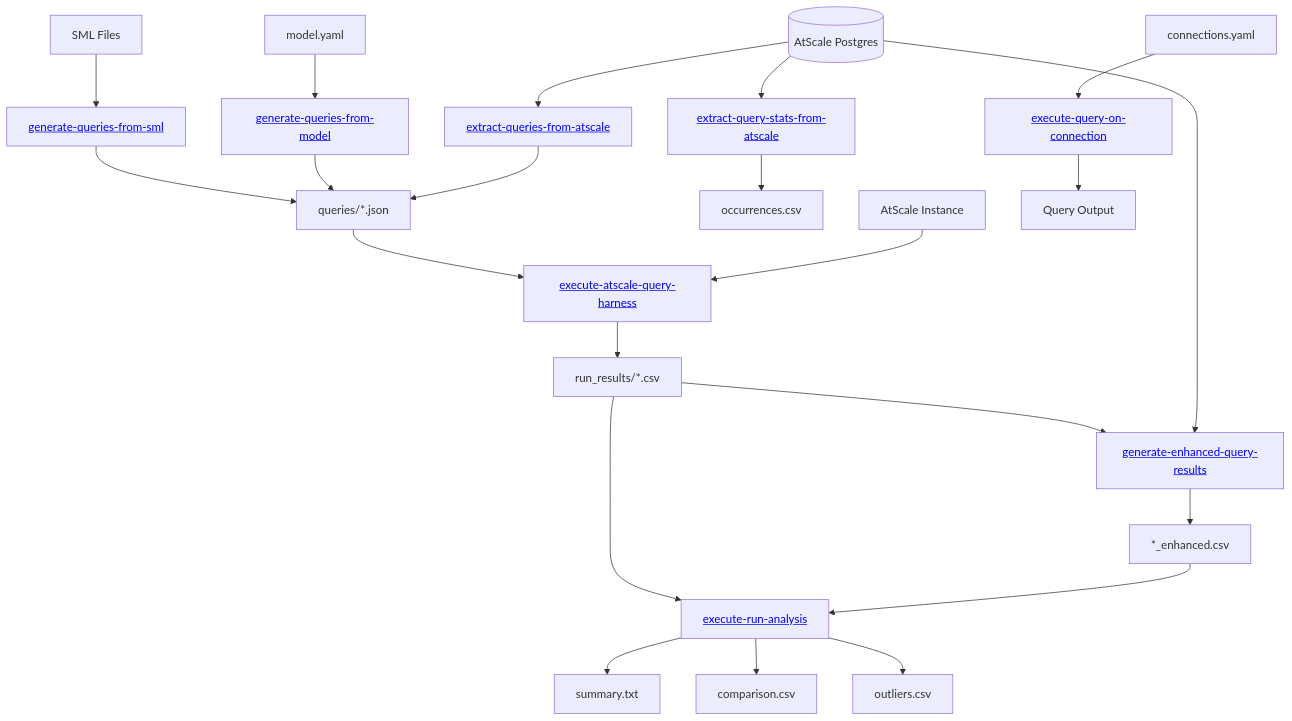
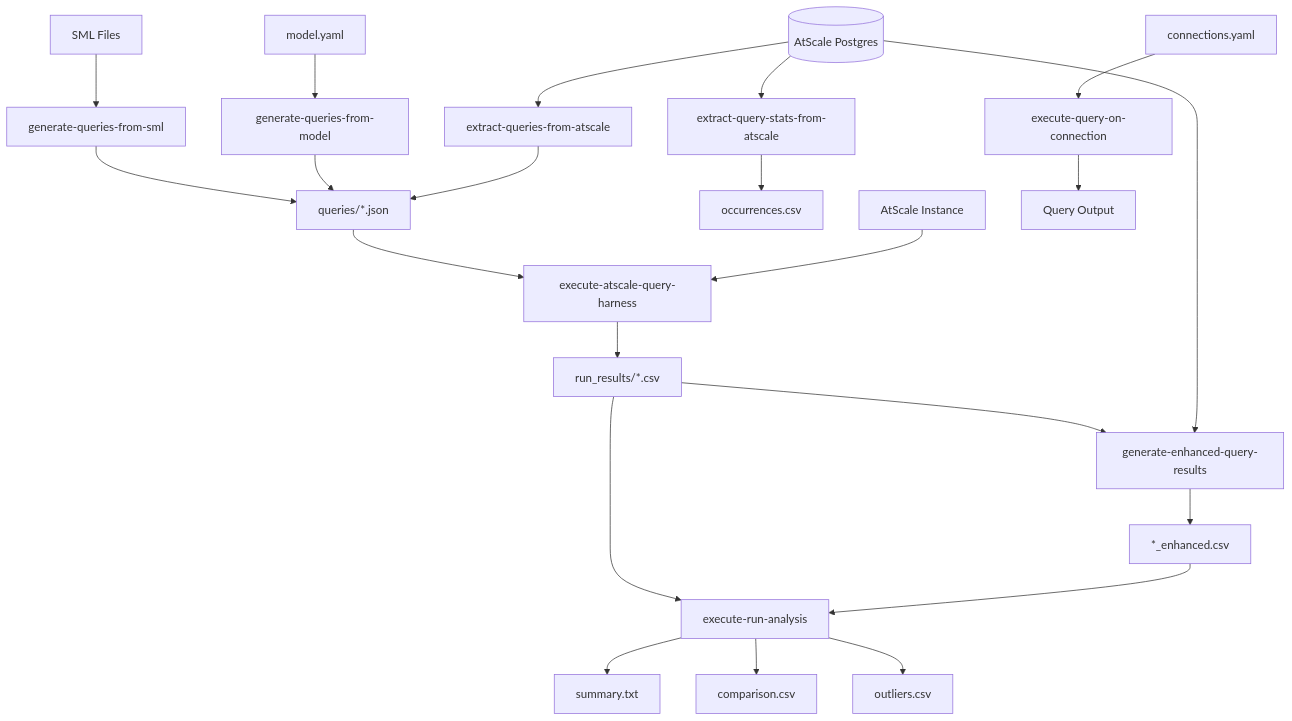
Before and after one commit to AtScaleInc/ps-utils: the fifth of 8 diagrams in README.md, drawn with Mermaid. The commit also changed other lines of this file and 1 other file, not shown here.

Commit message:
fix: remove HTML links from mermaid diagrams in README and ACTIONS documentation

````diff
--- a/README.md
+++ b/README.md
@@ -71,17 +71,17 @@
 ```mermaid
 flowchart TD
-    SML["SML Files"] --> G["<a href='#generate-queries-from-sml'>generate-queries-from-sml</a>"] --> QJSON["queries/*.json"]
-    MODEL["model.yaml"] --> H["<a href='#generate-queries-from-model'>generate-queries-from-model</a>"] --> QJSON
-    ATSDB[("AtScale Postgres")] --> A["<a href='#extract-query-stats-from-atscale'>extract-query-stats-from-atscale</a>"] --> STATS["occurrences.csv"]
-    ATSDB --> B["<a href='#extract-queries-from-atscale'>extract-queries-from-atscale</a>"] --> QJSON
-    QJSON --> C["<a href='#execute-atscale-query-harness'>execute-atscale-query-harness</a>"] --> RUN["run_results/*.csv"]
+    SML["SML Files"] --> G["generate-queries-from-sml"] --> QJSON["queries/*.json"]
+    MODEL["model.yaml"] --> H["generate-queries-from-model"] --> QJSON
+    ATSDB[("AtScale Postgres")] --> A["extract-query-stats-from-atscale"] --> STATS["occurrences.csv"]
+    ATSDB --> B["extract-queries-from-atscale"] --> QJSON
+    QJSON --> C["execute-atscale-query-harness"] --> RUN["run_results/*.csv"]
     ATS["AtScale Instance"] --> C
-    CONN["connections.yaml"] --> D["<a href='#execute-query-on-connection'>execute-query-on-connection</a>"] --> QOUT["Query Output"]
-    RUN --> E["<a href='#generate-enhanced-query-results'>generate-enhanced-query-results</a>"] --> ECSV["*_enhanced.csv"]
+    CONN["connections.yaml"] --> D["execute-query-on-connection"] --> QOUT["Query Output"]
+    RUN --> E["generate-enhanced-query-results"] --> ECSV["*_enhanced.csv"]
     ATSDB --> E
-    RUN --> F["<a href='#execute-run-analysis'>execute-run-analysis</a>"]
+    RUN --> F["execute-run-analysis"]
     ECSV --> F
     F --> SUMMARY["summary.txt"]
     F --> COMPARISON["comparison.csv"]
     F --> OUTLIERS["outliers.csv"]
 ```
````
